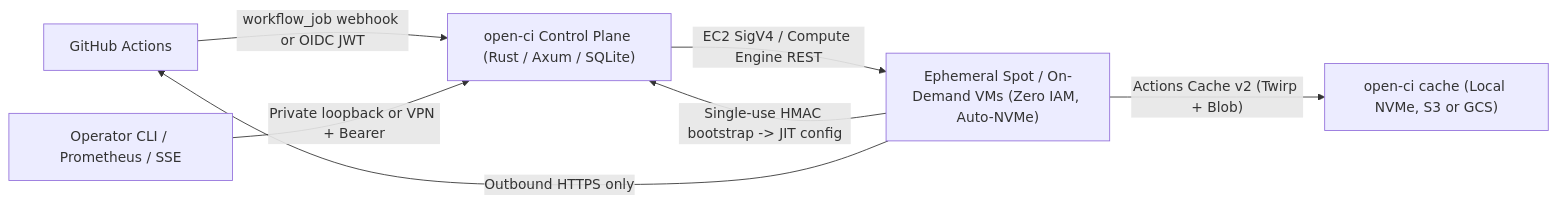
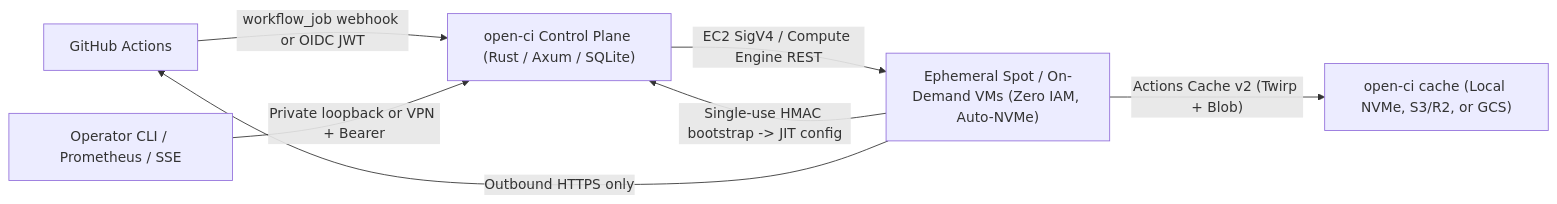
Before and after one commit to katchlabs/open-ci: the diagram in README.md, drawn with Mermaid. The commit also changed other lines of this file and 4 other files, not shown here.

Commit message:
docs(readme): redesign landing page with cost savings chart and quickstart

````diff
--- a/README.md
+++ b/README.md
@@ -11,9 +225,9 @@
 ```mermaid
 flowchart LR
     GH["GitHub Actions"] -->|"workflow_job webhook or OIDC JWT"| CP["open-ci Control Plane (Rust / Axum / SQLite)"]
     CP -->|"EC2 SigV4 / Compute Engine REST"| VM["Ephemeral Spot / On-Demand VMs (Zero IAM, Auto-NVMe)"]
     VM -->|"Single-use HMAC bootstrap -> JIT config"| CP
-    VM -->|"Actions Cache v2 (Twirp + Blob)"| CACHE["open-ci cache (Local NVMe, S3 or GCS)"]
+    VM -->|"Actions Cache v2 (Twirp + Blob)"| CACHE["open-ci cache (Local NVMe, S3/R2, or GCS)"]
     VM -->|"Outbound HTTPS only"| GH
     OP["Operator CLI / Prometheus / SSE"] -->|"Private loopback or VPN + Bearer"| CP
 ```
````
